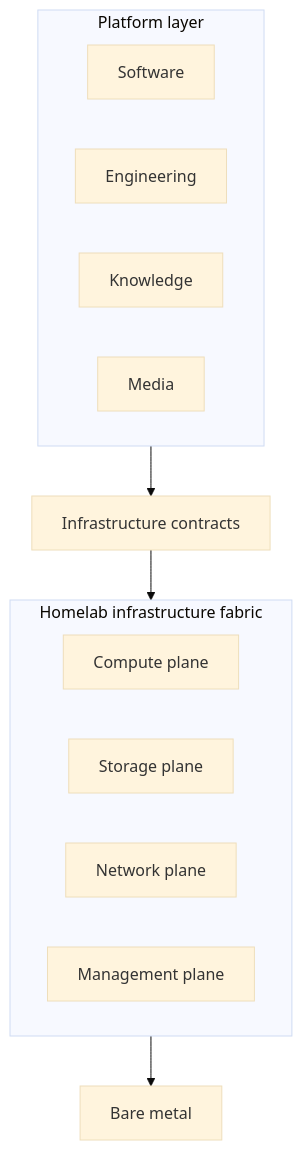
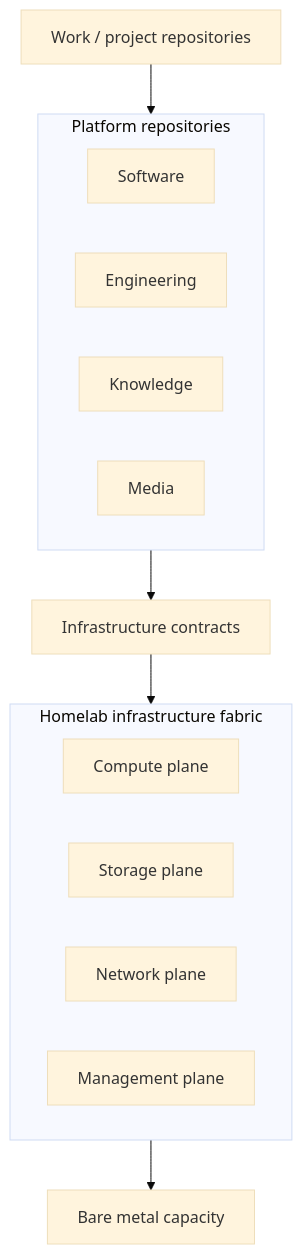
The diagram in README.md (WillGle/homelab), drawn with Mermaid (base theme) before and after one commit. The commit also changed other lines of this file and 10 other files, not shown here.

Commit message:
Document architecture diagram views

````diff
--- a/README.md
+++ b/README.md
@@ -7,18 +7,19 @@
 ```mermaid
 flowchart TB
-  subgraph platforms[Platform layer]
+  work[Work / project repositories]
+  subgraph platforms[Platform repositories]
     software[Software]
     engineering[Engineering]
     knowledge[Knowledge]
     media[Media]
   end
   contract[Infrastructure contracts]
   subgraph homelab[Homelab infrastructure fabric]
     compute[Compute plane]
     storage[Storage plane]
     network[Network plane]
     management[Management plane]
   end
-  metal[Bare metal]
-  platforms --> contract --> homelab --> metal
+  metal[Bare metal capacity]
+  work --> platforms --> contract --> homelab --> metal
 ```
````
